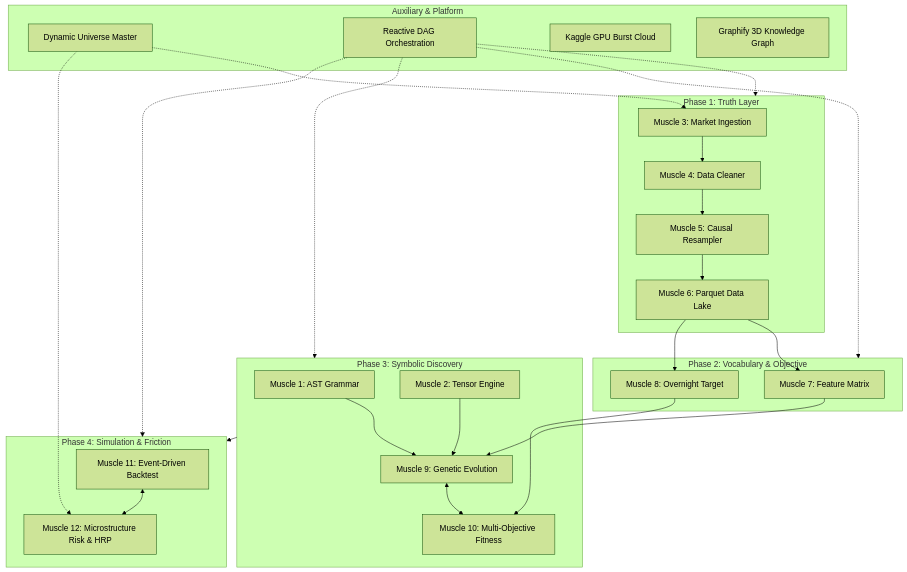
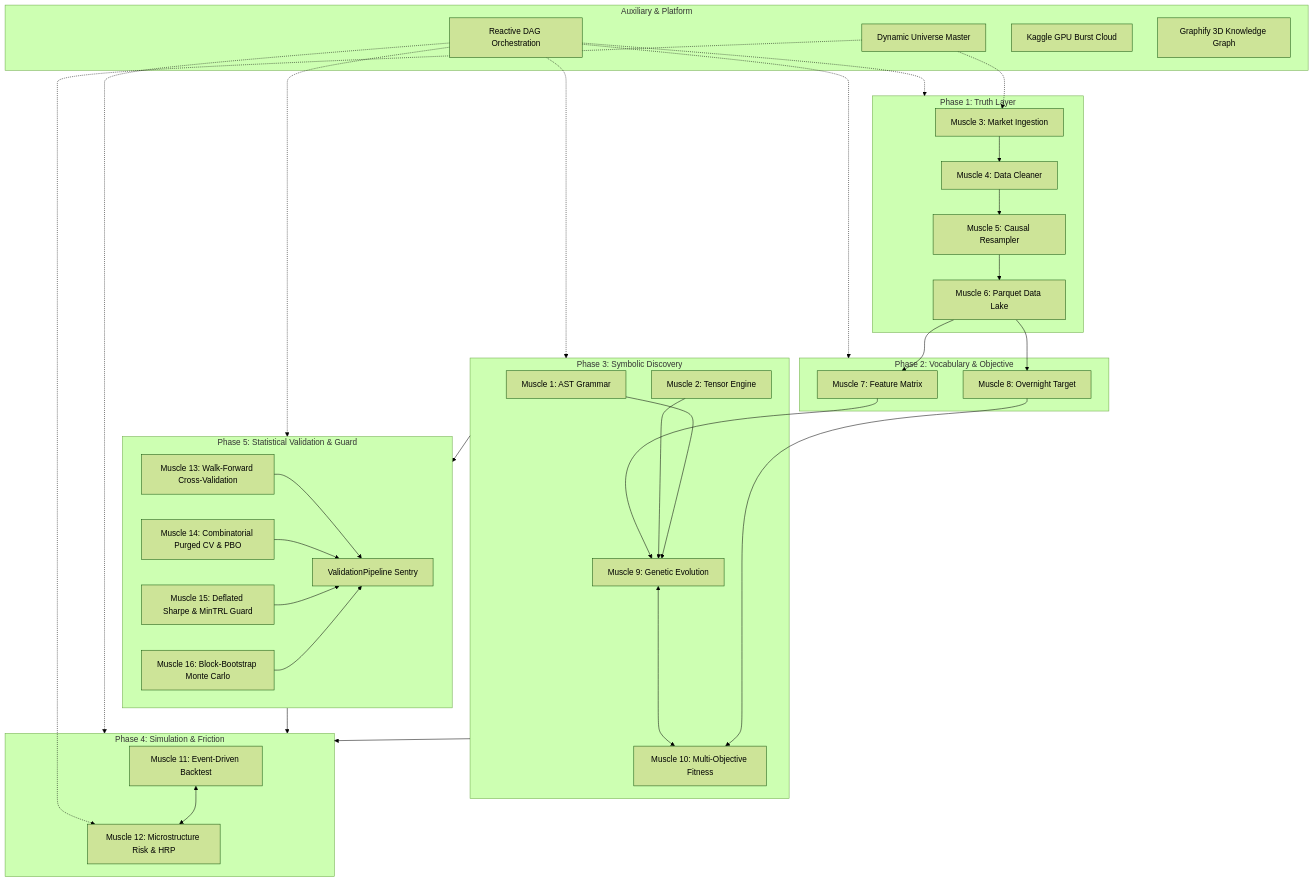
Before and after one commit to sawariyadiagnostic/bio-quant-trade-engine: the diagram in artifacts_and_plans/ravana/ravana_muscle_file_manifest.md, drawn with Mermaid (forest theme). The commit also changed other lines of this file and 28 other files, not shown here.

Commit message:
feat(validation): implement Phase 5 Muscles 13-16 and remediate all 10 system-wide audit hazards

````diff
--- a/artifacts_and_plans/ravana/ravana_muscle_file_manifest.md
+++ b/artifacts_and_plans/ravana/ravana_muscle_file_manifest.md
@@ -9,50 +9,65 @@
 ```mermaid
 flowchart TD
     subgraph P1["Phase 1: Truth Layer"]
         M3["Muscle 3: Market Ingestion"]
         M4["Muscle 4: Data Cleaner"]
         M5["Muscle 5: Causal Resampler"]
         M6["Muscle 6: Parquet Data Lake"]
         M3 --> M4 --> M5 --> M6
     end
 
     subgraph P2["Phase 2: Vocabulary & Objective"]
         M7["Muscle 7: Feature Matrix"]
         M8["Muscle 8: Overnight Target"]
     end
 
     subgraph P3["Phase 3: Symbolic Discovery"]
         M1["Muscle 1: AST Grammar"]
         M2["Muscle 2: Tensor Engine"]
         M9["Muscle 9: Genetic Evolution"]
         M10["Muscle 10: Multi-Objective Fitness"]
         M1 --> M9
         M2 --> M9
         M7 --> M9
         M8 --> M10
         M9 <--> M10
     end
 
     subgraph P4["Phase 4: Simulation & Friction"]
         M11["Muscle 11: Event-Driven Backtest"]
         M12["Muscle 12: Microstructure Risk & HRP"]
         M11 <--> M12
     end
 
+    subgraph P5["Phase 5: Statistical Validation & Guard"]
+        M13["Muscle 13: Walk-Forward Cross-Validation"]
+        M14["Muscle 14: Combinatorial Purged CV & PBO"]
+        M15["Muscle 15: Deflated Sharpe & MinTRL Guard"]
+        M16["Muscle 16: Block-Bootstrap Monte Carlo"]
+        VAL["ValidationPipeline Sentry"]
+        M13 --> VAL
+        M14 --> VAL
+        M15 --> VAL
+        M16 --> VAL
+    end
+
     subgraph AUX["Auxiliary & Platform"]
         UNIV["Dynamic Universe Master"]
         DAG["Reactive DAG Orchestration"]
         KAG["Kaggle GPU Burst Cloud"]
         KNOW["Graphify 3D Knowledge Graph"]
     end
 
     M6 --> M7
     M6 --> M8
     P3 --> P4
+    P3 --> P5
+    P5 --> P4
     UNIV -.-> M3
     UNIV -.-> M12
     DAG -.-> P1
     DAG -.-> P2
     DAG -.-> P3
     DAG -.-> P4
+    DAG -.-> P5
 ```
````
